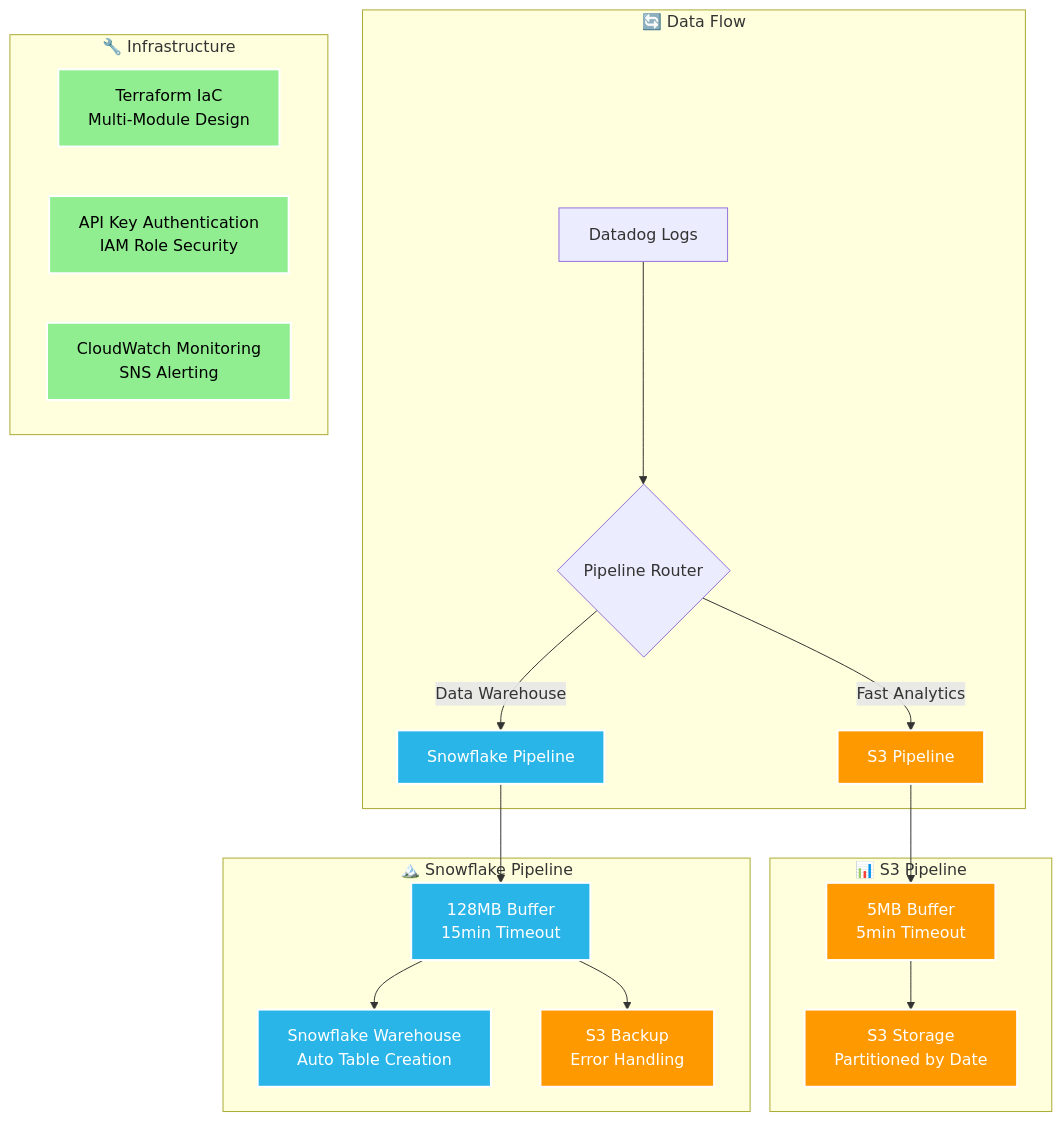
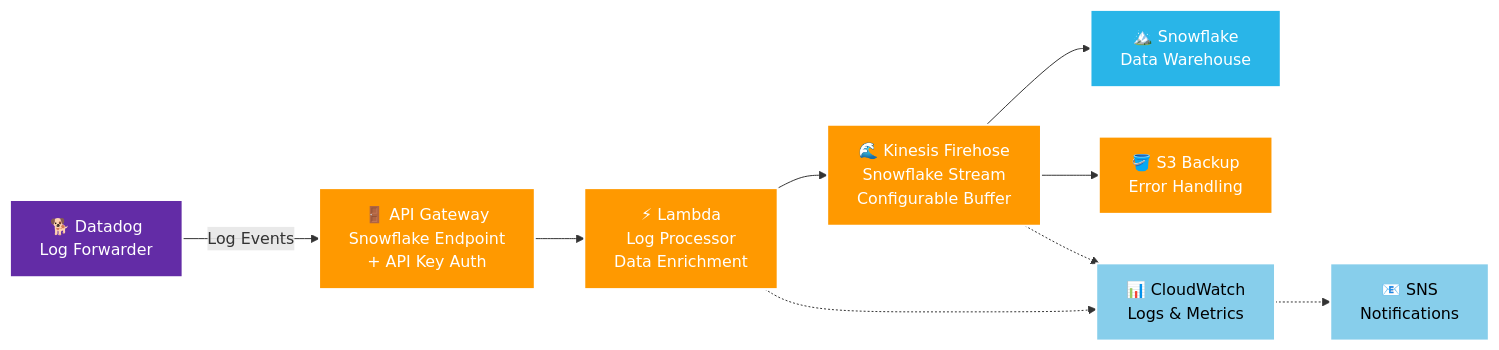
Before and after one commit to entechlog/aws-examples: the second of 2 diagrams in aws-datadog-logs/README.md, drawn with Mermaid. The commit also changed other lines of this file and 12 other files, not shown here.

Commit message:
changes to update the log retention for lambda and firehose logs (#26)

````diff
--- a/aws-datadog-logs/README.md
+++ b/aws-datadog-logs/README.md
@@ -93,33 +79,45 @@
 ```mermaid
-graph TD
-    subgraph "🔄 Data Flow"
-        A[Datadog Logs] --> B{Pipeline Router}
-        B -->|Fast Analytics| C[S3 Pipeline]
-        B -->|Data Warehouse| D[Snowflake Pipeline]
-    end
+graph LR
+    %% Datadog Source
+    DD[🐕 Datadog<br/>Log Forwarder]
     
-    subgraph "📊 S3 Pipeline"
-        C --> E[5MB Buffer<br/>5min Timeout]
-        E --> F[S3 Storage<br/>Partitioned by Date]
-    end
+    %% API Gateway Layer
+    API_SF[🚪 API Gateway<br/>Snowflake Endpoint<br/>+ API Key Auth]
     
-    subgraph "🏔️ Snowflake Pipeline"  
-        D --> G[128MB Buffer<br/>15min Timeout]
-        G --> H[Snowflake Warehouse<br/>Auto Table Creation]
-        G --> I[S3 Backup<br/>Error Handling]
-    end
+    %% Lambda Processing Layer
+    LAMBDA_SF[⚡ Lambda<br/>Log Processor<br/>Data Enrichment]
     
-    subgraph "🔧 Infrastructure"
-        J[Terraform IaC<br/>Multi-Module Design]
-        K[API Key Authentication<br/>IAM Role Security]
-        L[CloudWatch Monitoring<br/>SNS Alerting]
-    end
+    %% Firehose Streaming Layer
+    FH_SF[🌊 Kinesis Firehose<br/>Snowflake Stream<br/>Configurable Buffer]
     
-    classDef s3 fill:#ff9900,stroke:#fff,stroke-width:2px,color:#fff
+    %% Destinations
+    SF[🏔️ Snowflake<br/>Data Warehouse]
+    S3_BACKUP[🪣 S3 Backup<br/>Error Handling]
+    
+    %% Monitoring
+    CW[📊 CloudWatch<br/>Logs & Metrics]
+    SNS[📧 SNS<br/>Notifications]
+    
+    %% Main Flow - Snowflake Pipeline  
+    DD -->|Log Events| API_SF
+    API_SF --> LAMBDA_SF
+    LAMBDA_SF --> FH_SF
+    FH_SF --> SF
+    FH_SF --> S3_BACKUP
+    
+    %% Monitoring Connections
+    LAMBDA_SF -.-> CW
+    FH_SF -.-> CW
+    CW -.-> SNS
+    
+    %% Styling
+    classDef datadog fill:#632ca6,stroke:#fff,stroke-width:2px,color:#fff
+    classDef aws fill:#ff9900,stroke:#fff,stroke-width:2px,color:#fff
     classDef snowflake fill:#29b5e8,stroke:#fff,stroke-width:2px,color:#fff
-    classDef infra fill:#90ee90,stroke:#fff,stroke-width:2px,color:#000
+    classDef monitoring fill:#87ceeb,stroke:#fff,stroke-width:2px,color:#000
     
-    class C,E,F,I s3
-    class D,G,H snowflake
-    class J,K,L infra
+    class DD datadog
+    class API_SF,LAMBDA_SF,FH_SF,S3_BACKUP aws
+    class SF snowflake
+    class CW,SNS monitoring
 ```
````
